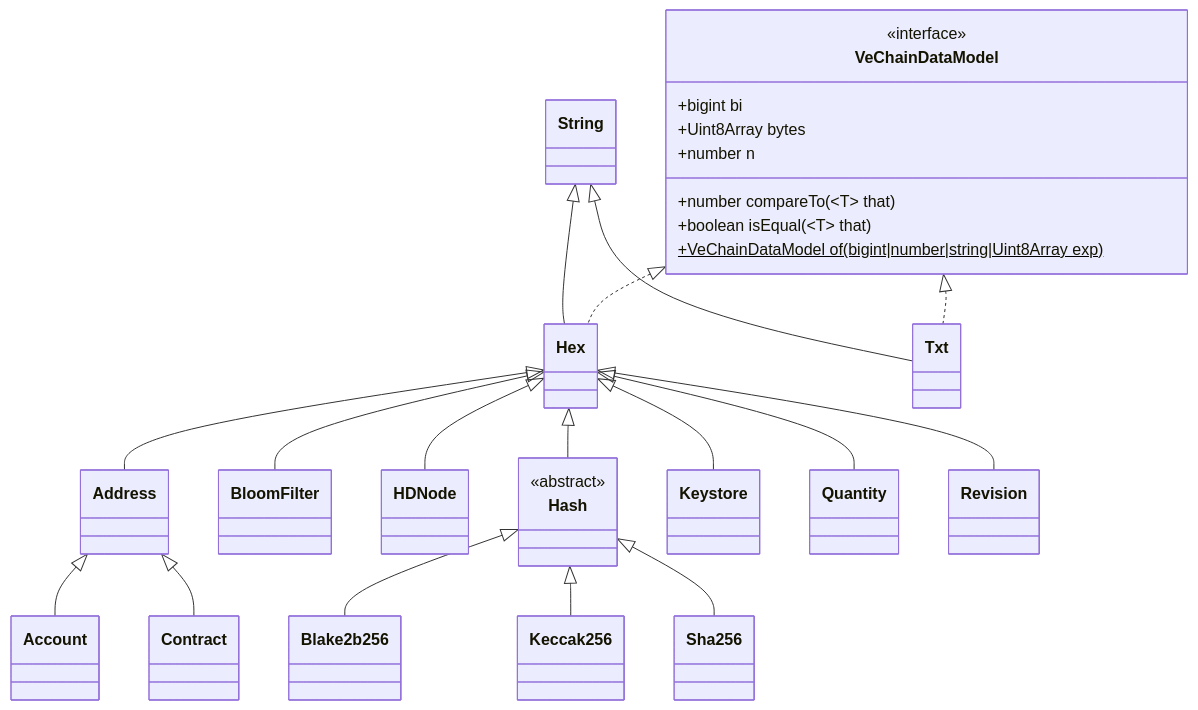
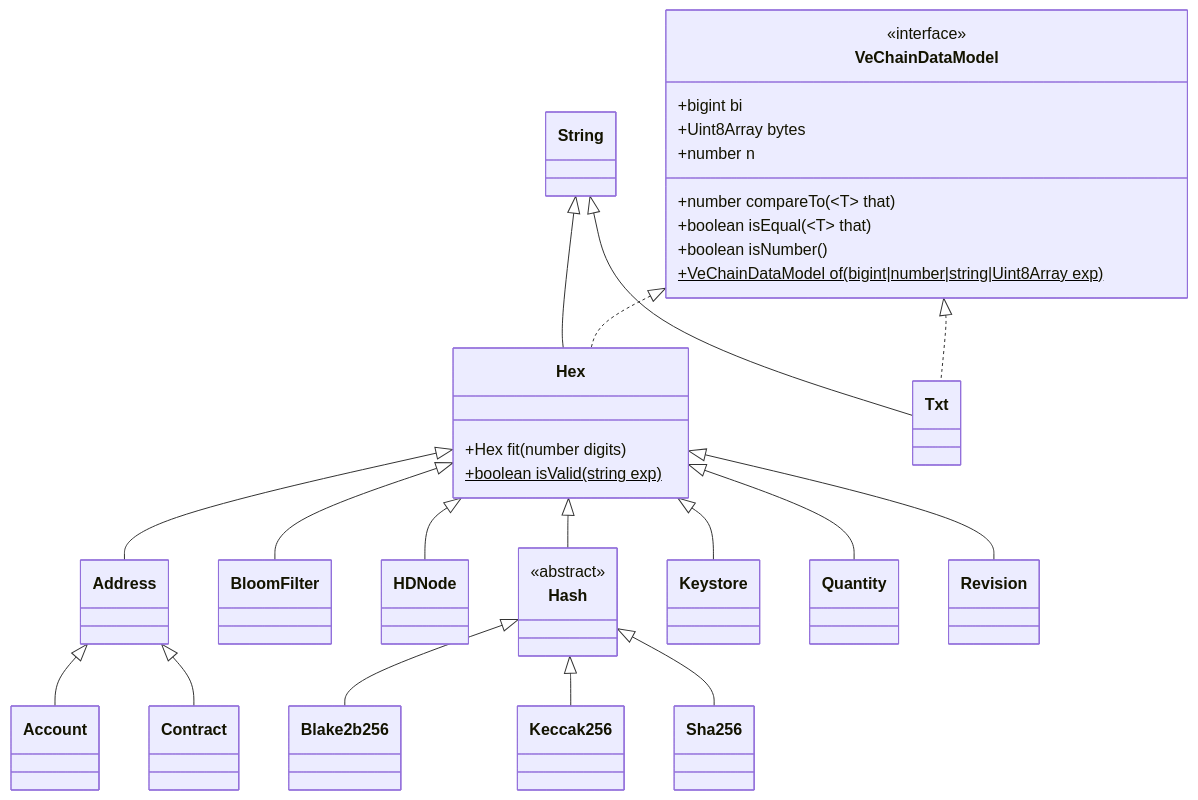
Before and after one commit to vechain/vechain-sdk-js: the diagram in docs/diagrams/architecture/vcdm.md, drawn with Mermaid. The commit also changed 6 other files, not shown here.

````diff
--- a/docs/diagrams/architecture/vcdm.md
+++ b/docs/diagrams/architecture/vcdm.md
@@ -1,46 +1,50 @@
 ```mermaid
 classDiagram
     class Account
     class Address
     class Blake2b256
     class BloomFilter
     class Contract
     class HDNode
     class Hash {
         <<abstract>>
     }
-    class Hex
+    class Hex {
+        +Hex fit(number digits)
+        +boolean isValid(string exp)$
+    }
     class Keccak256 
     class Keystore
     class Quantity
     class Revision
     class Sha256
     class String
     class Txt
     class String
     class VeChainDataModel{
         <<interface>>
       +bigint bi
       +Uint8Array bytes
       +number n
       +number compareTo(~T~ that)
       +boolean isEqual(~T~ that)
+      +boolean isNumber()
       +VeChainDataModel of(bigint|number|string|Uint8Array exp)$
     }
     Address <|-- Account
     Address <|-- Contract
     Hash <|-- Blake2b256
     Hash <|-- Keccak256
     Hash <|-- Sha256
     Hex <|-- Address
     Hex <|-- BloomFilter
     Hex <|-- HDNode
     Hex <|-- Hash
     Hex <|-- Keystore
     Hex <|-- Quantity
     Hex <|-- Revision
     String <|-- Hex
     String <|-- Txt
     VeChainDataModel <|.. Hex
     VeChainDataModel <|.. Txt
 ```
````
